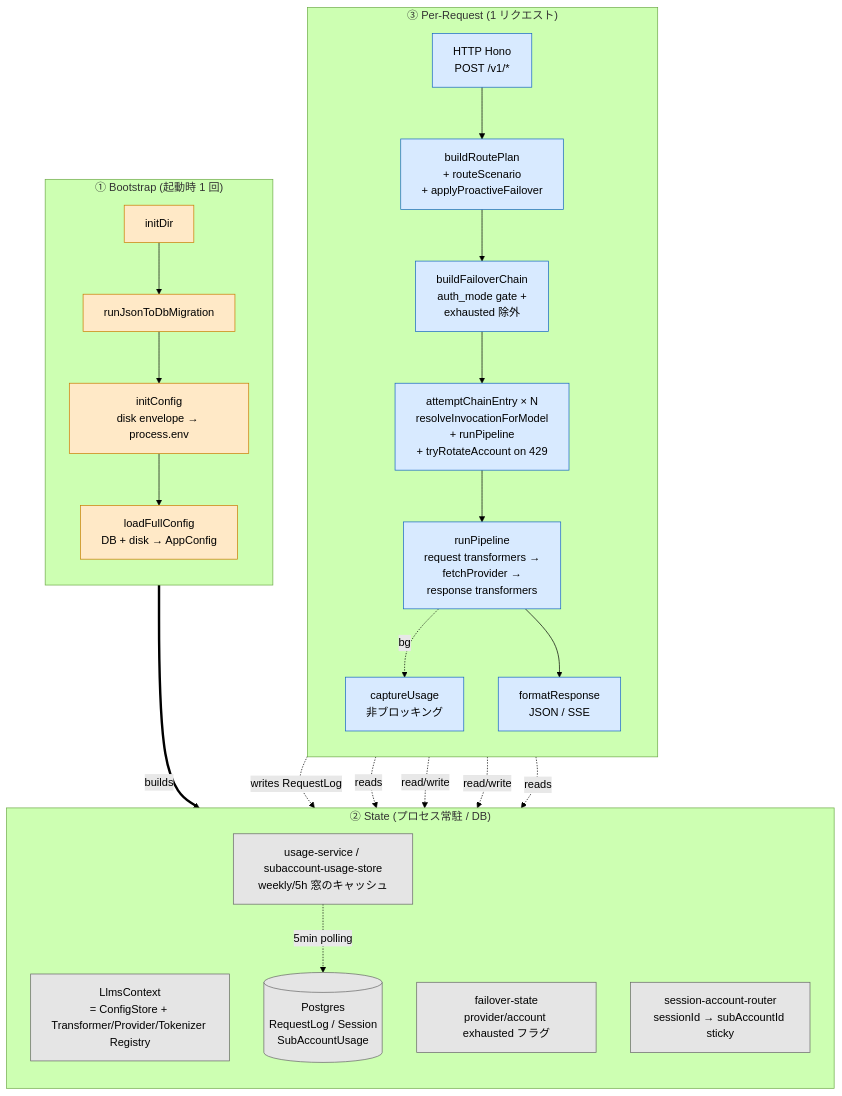
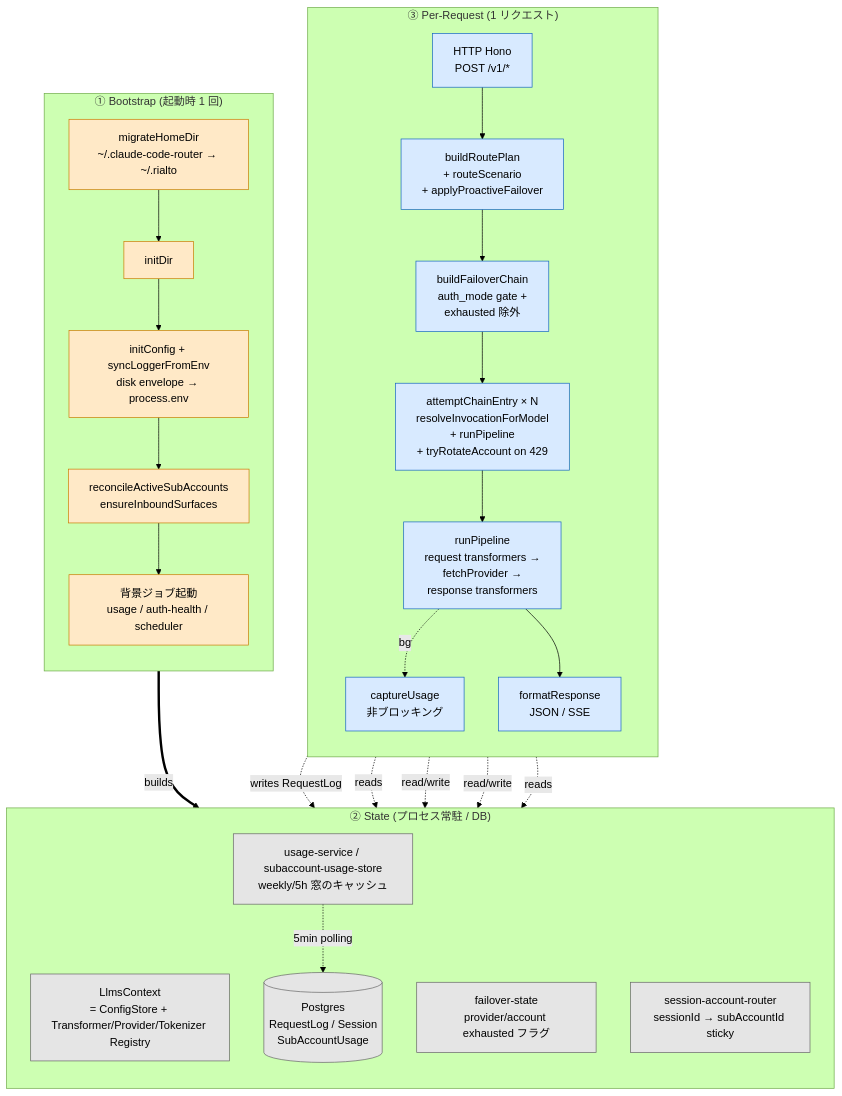
One commit to tkgstrator/claude-code-router changed the first of 12 diagrams in docs/architecture/pipeline-overview.md. Above: the diagram before and after it, drawn with Mermaid (forest theme). The commit also changed other lines of this file and 140 other files, not shown here.

````diff
--- a/docs/architecture/pipeline-overview.md
+++ b/docs/architecture/pipeline-overview.md
@@ -15,50 +15,51 @@
 ```mermaid
 flowchart TB
   classDef boot fill:#ffe9c7,stroke:#c97c00,color:#000
   classDef perreq fill:#d8eaff,stroke:#1565c0,color:#000
   classDef state fill:#e5e5e5,stroke:#666,color:#000
 
   subgraph BOOT["① Bootstrap (起動時 1 回)"]
     direction TB
-    B0[initDir]
-    B1[runJsonToDbMigration]
-    B2[initConfig<br/>disk envelope → process.env]
-    B3[loadFullConfig<br/>DB + disk → AppConfig]
-    B0 --> B1 --> B2 --> B3
+    B0[migrateHomeDir<br/>~/.claude-code-router → ~/.rialto]
+    B1[initDir]
+    B2[initConfig + syncLoggerFromEnv<br/>disk envelope → process.env]
+    B3[reconcileActiveSubAccounts<br/>ensureInboundSurfaces]
+    B4[背景ジョブ起動<br/>usage / auth-health / scheduler]
+    B0 --> B1 --> B2 --> B3 --> B4
   end
 
   subgraph STATE["② State (プロセス常駐 / DB)"]
     direction TB
     CTX[LlmsContext<br/>= ConfigStore + Transformer/Provider/Tokenizer Registry]
     FS[failover-state<br/>provider/account exhausted フラグ]
     SR[session-account-router<br/>sessionId → subAccountId sticky]
     US[usage-service / subaccount-usage-store<br/>weekly/5h 窓のキャッシュ]
     DB[(Postgres<br/>RequestLog / Session<br/>SubAccountUsage)]
   end
 
   subgraph REQ["③ Per-Request (1 リクエスト)"]
     direction TB
     R1[HTTP Hono<br/>POST /v1/*]
     R2[buildRoutePlan<br/>+ routeScenario<br/>+ applyProactiveFailover]
     R3[buildFailoverChain<br/>auth_mode gate +<br/>exhausted 除外]
     R4[attemptChainEntry × N<br/>resolveInvocationForModel<br/>+ runPipeline<br/>+ tryRotateAccount on 429]
     R5[runPipeline<br/>request transformers →<br/>fetchProvider →<br/>response transformers]
     R6[captureUsage<br/>非ブロッキング]
     R7[formatResponse<br/>JSON / SSE]
     R1 --> R2 --> R3 --> R4 --> R5
     R5 -.bg.-> R6
     R5 --> R7
   end
 
   BOOT ==builds==> CTX
   REQ -.reads.-> CTX
   REQ -.read/write.-> FS
   REQ -.read/write.-> SR
   REQ -.reads.-> US
   R6 -.writes RequestLog.-> DB
   US -.5min polling.-> DB
 
-  class B0,B1,B2,B3 boot
+  class B0,B1,B2,B3,B4 boot
   class R1,R2,R3,R4,R5,R6,R7 perreq
   class CTX,FS,SR,US,DB state
 ```
````
